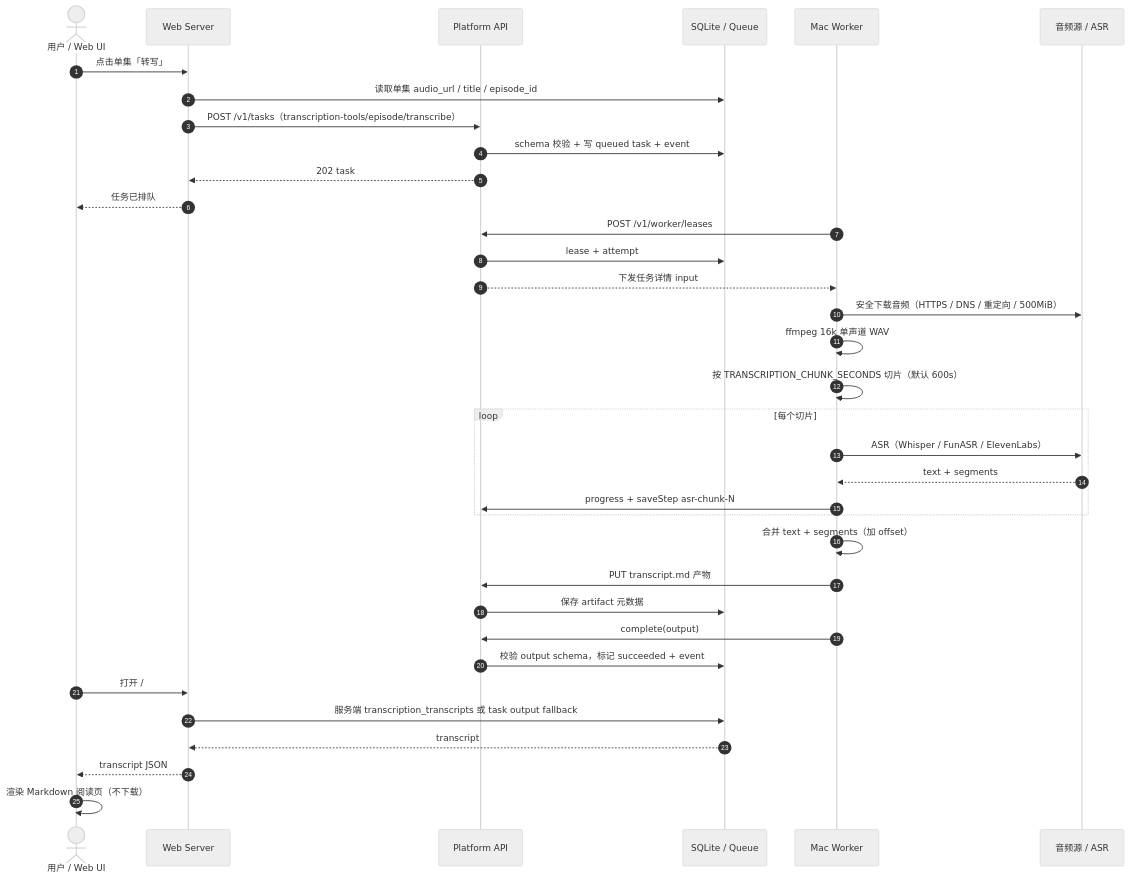
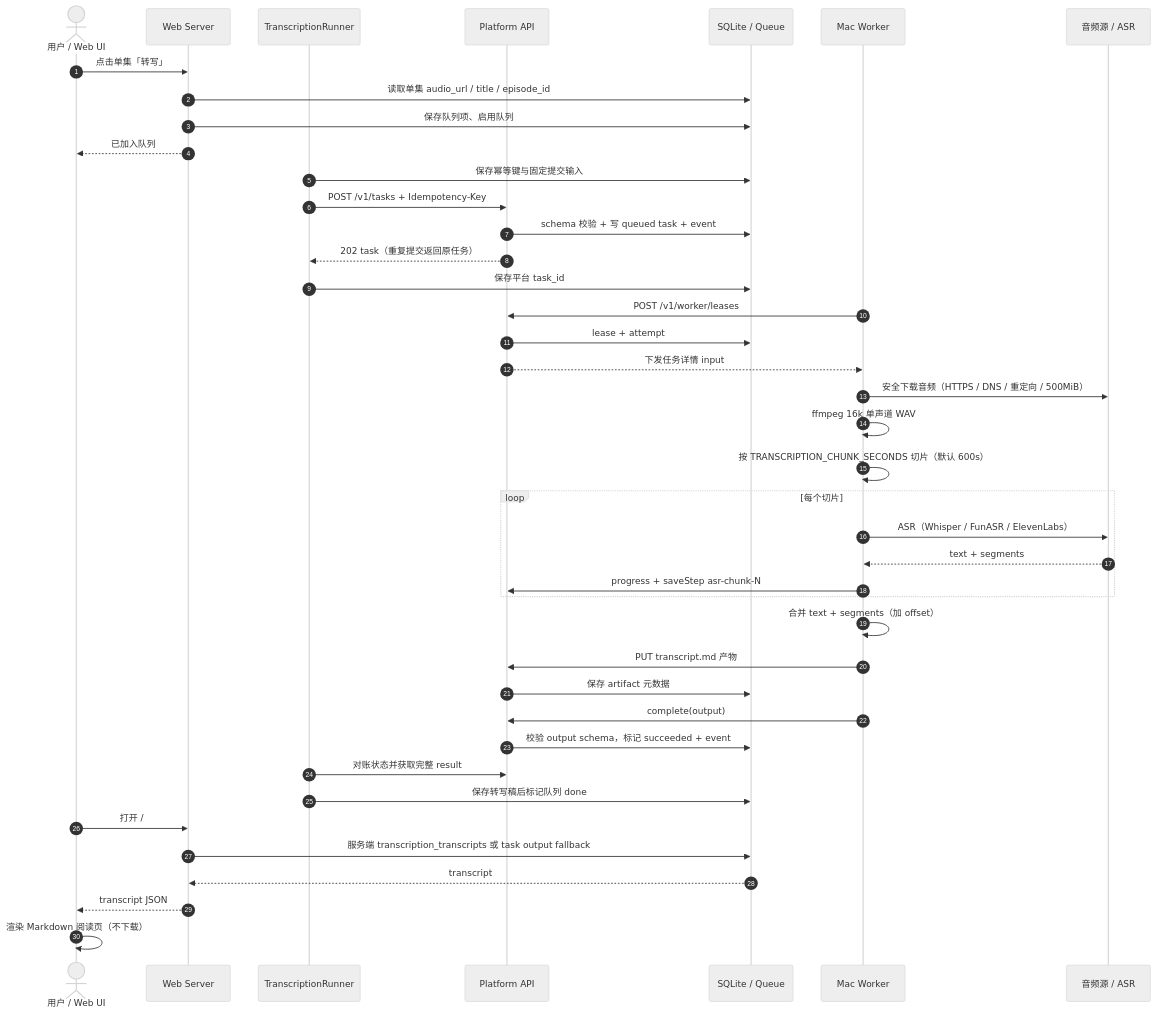
The fourth of 5 diagrams in taskbase/docs/architecture.md (yueyao/yuxu-dynamic), drawn with Mermaid (neutral theme) before and after one commit. The commit also changed other lines of this file and 16 other files, not shown here.

````diff
--- a/taskbase/docs/architecture.md
+++ b/taskbase/docs/architecture.md
@@ -234,43 +260,49 @@
 ```mermaid
 sequenceDiagram
     autonumber
     actor U as 用户 / Web UI
     participant W as Web Server
+    participant R as TranscriptionRunner
     participant P as Platform API
     participant Q as SQLite / Queue
     participant K as Mac Worker
     participant A as 音频源 / ASR
 
     U->>W: 点击单集「转写」
     W->>Q: 读取单集 audio_url / title / episode_id
-    W->>P: POST /v1/tasks（transcription-tools/episode/transcribe）
+    W->>Q: 保存队列项、启用队列
+    W-->>U: 已加入队列
+    R->>Q: 保存幂等键与固定提交输入
+    R->>P: POST /v1/tasks + Idempotency-Key
     P->>Q: schema 校验 + 写 queued task + event
-    P-->>W: 202 task
-    W-->>U: 任务已排队
+    P-->>R: 202 task（重复提交返回原任务）
+    R->>Q: 保存平台 task_id
 
     K->>P: POST /v1/worker/leases
     P->>Q: lease + attempt
     P-->>K: 下发任务详情 input
 
     K->>A: 安全下载音频（HTTPS / DNS / 重定向 / 500MiB）
     K->>K: ffmpeg 16k 单声道 WAV
     K->>K: 按 TRANSCRIPTION_CHUNK_SECONDS 切片（默认 600s）
 
     loop 每个切片
         K->>A: ASR（Whisper / FunASR / ElevenLabs）
         A-->>K: text + segments
         K->>P: progress + saveStep asr-chunk-N
     end
 
     K->>K: 合并 text + segments（加 offset）
     K->>P: PUT transcript.md 产物
     P->>Q: 保存 artifact 元数据
     K->>P: complete(output)
     P->>Q: 校验 output schema，标记 succeeded + event
+    R->>P: 对账状态并获取完整 result
+    R->>Q: 保存转写稿后标记队列 done
 
     U->>W: 打开 /#/transcript/:episode
     W->>Q: 服务端 transcription_transcripts 或 task output fallback
     Q-->>W: transcript
     W-->>U: transcript JSON
     U->>U: 渲染 Markdown 阅读页（不下载）
 ```
````
